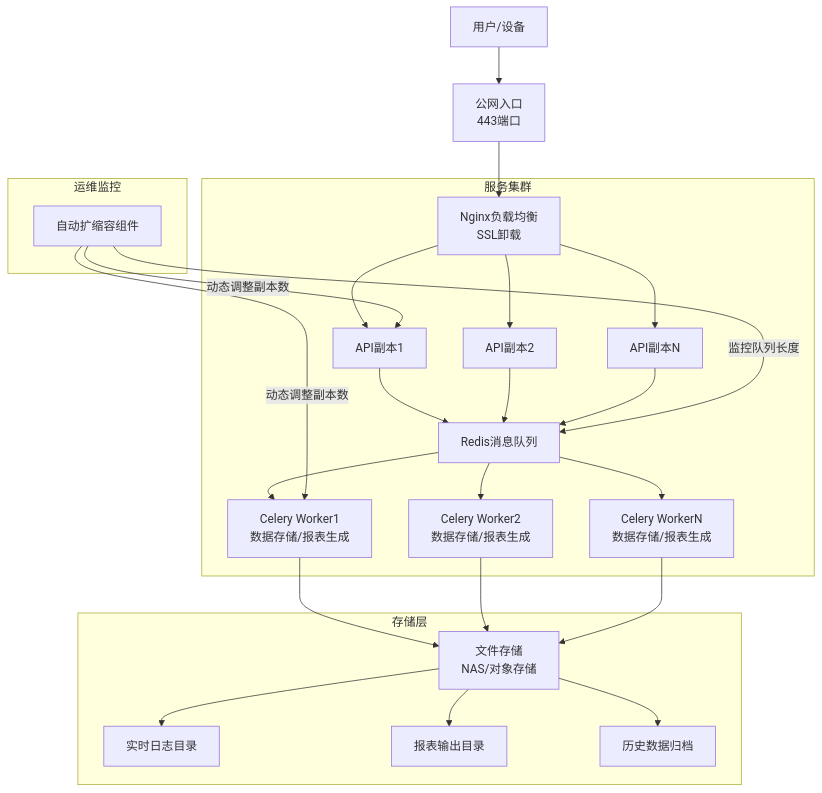
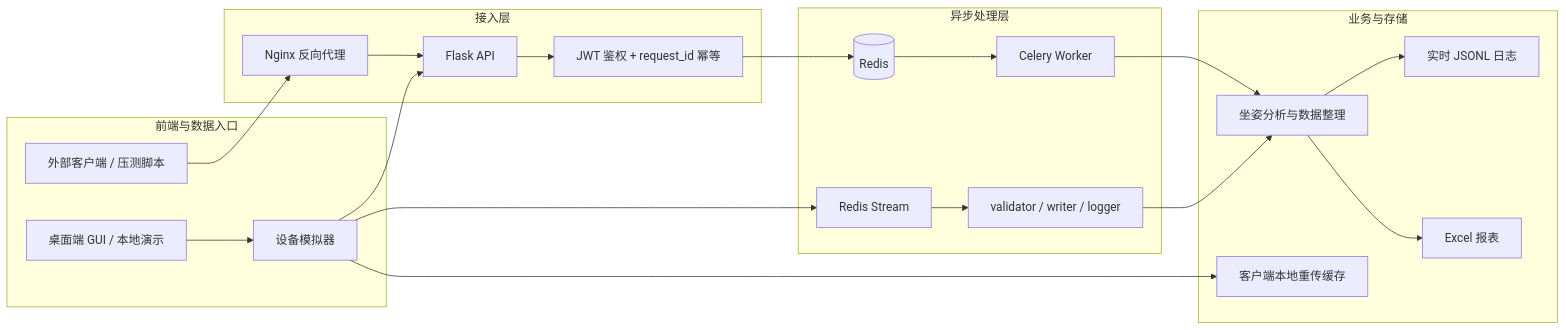
One commit to chanmingshaonianshi/desk2 changed the first of 3 diagrams in Moon_Dance/Moon_Dance/docs/ARCHITECTURE.md. Above: the diagram before and after it, drawn with Mermaid. The commit also changed other lines of this file and 32 other files, not shown here.

````diff
--- a/Moon_Dance/Moon_Dance/docs/ARCHITECTURE.md
+++ b/Moon_Dance/Moon_Dance/docs/ARCHITECTURE.md
@@ -43,35 +28,37 @@
 ```mermaid
-flowchart TD
-    U[用户/设备] --> N[公网入口\n443端口]
-    N --> LB[Nginx负载均衡\nSSL卸载]
-    
-    subgraph 服务集群
-        LB --> API1[API副本1]
-        LB --> API2[API副本2]
-        LB --> API3[API副本N]
-        
-        API1 --> R[Redis消息队列]
-        API2 --> R
-        API3 --> R
-        
-        R --> W1[Celery Worker1\n数据存储/报表生成]
-        R --> W2[Celery Worker2\n数据存储/报表生成]
-        R --> W3[Celery WorkerN\n数据存储/报表生成]
+flowchart LR
+    subgraph Frontend[前端与数据入口]
+        GUI[桌面端 GUI / 本地演示]
+        Device[设备模拟器]
+        Client[外部客户端 / 压测脚本]
     end
-    
-    subgraph 存储层
-        W1 --> FS[文件存储\nNAS/对象存储]
-        W2 --> FS
-        W3 --> FS
-        
-        FS --> L[实时日志目录]
-        FS --> RPT[报表输出目录]
-        FS --> ARC[历史数据归档]
+
+    subgraph Access[接入层]
+        Nginx[Nginx 反向代理]
+        API[Flask API]
+        Auth[JWT 鉴权 + request_id 幂等]
     end
-    
-    subgraph 运维监控
-        AS[自动扩缩容组件] -->|监控队列长度| R
-        AS -->|动态调整副本数| API1
-        AS -->|动态调整副本数| W1
+
+    subgraph Async[异步处理层]
+        Redis[(Redis)]
+        Celery[Celery Worker]
+        Stream[Redis Stream]
+        MQWorkers[validator / writer / logger]
     end
+
+    subgraph Domain[业务与存储]
+        Analyzer[坐姿分析与数据整理]
+        Realtime[实时 JSONL 日志]
+        Reports[Excel 报表]
+        Cache[客户端本地重传缓存]
+    end
+
+    Client --> Nginx --> API --> Auth --> Redis --> Celery --> Analyzer
+    GUI --> Device
+    Device --> API
+    Device --> Stream
+    Stream --> MQWorkers --> Analyzer
+    Device --> Cache
+    Analyzer --> Realtime
+    Analyzer --> Reports
 ```
````
